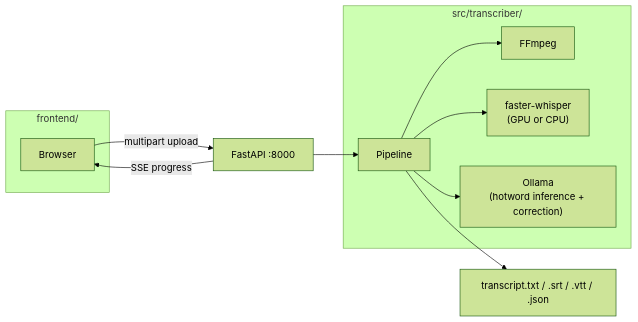
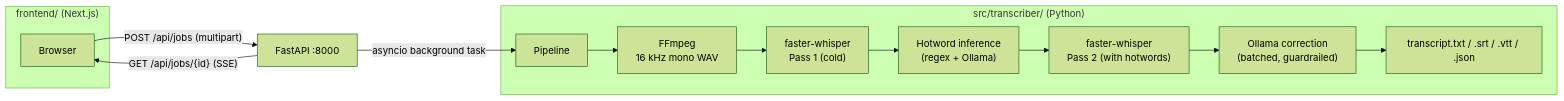
Before and after one commit to kimo26/local-transcriber: the diagram in README.md, drawn with Mermaid (forest theme). The commit also changed other lines of this file and 4 other files, not shown here.

Commit message:
Fix ollama_model field in JSON output; remove inline section dividers; expand README

````diff
--- a/README.md
+++ b/README.md
@@ -93,19 +285,28 @@
 ```mermaid
 graph LR
-    Browser -->|multipart upload| API["FastAPI :8000"]
-    API -->|SSE progress| Browser
-    API --> Pipeline
-    Pipeline --> FFmpeg
-    Pipeline --> Whisper["faster-whisper\n(GPU or CPU)"]
-    Pipeline --> Ollama["Ollama\n(hotword inference + correction)"]
-    Pipeline --> Outputs["transcript.txt / .srt / .vtt / .json"]
-    subgraph "src/transcriber/"
+    Browser -->|"POST /api/jobs (multipart)"| API["FastAPI :8000"]
+    API -->|"GET /api/jobs/{id} (SSE)"| Browser
+
+    API -->|asyncio background task| Pipeline
+
+    Pipeline --> FFmpeg["FFmpeg\n16 kHz mono WAV"]
+    FFmpeg --> Whisper1["faster-whisper\nPass 1 (cold)"]
+    Whisper1 --> Infer["Hotword inference\n(regex + Ollama)"]
+    Infer --> Whisper2["faster-whisper\nPass 2 (with hotwords)"]
+    Whisper2 --> Ollama["Ollama correction\n(batched, guardrailed)"]
+    Ollama --> Outputs["transcript.txt / .srt / .vtt / .json"]
+
+    subgraph "src/transcriber/ (Python)"
         Pipeline
-        Whisper
+        FFmpeg
+        Whisper1
+        Infer
+        Whisper2
         Ollama
-        FFmpeg
+        Outputs
     end
-    subgraph "frontend/"
+
+    subgraph "frontend/ (Next.js)"
         Browser
     end
 ```
````
